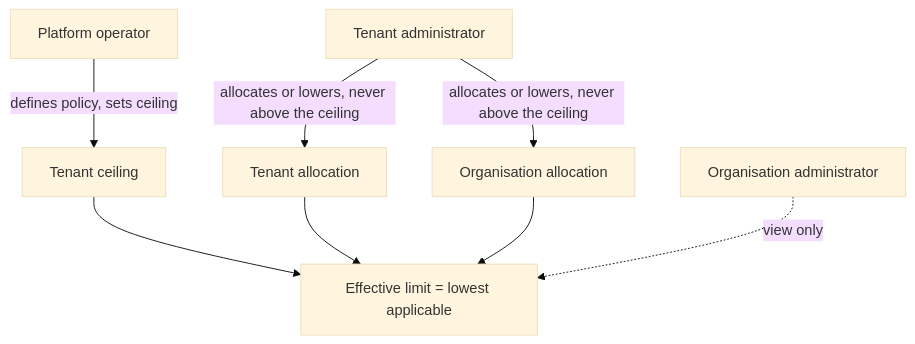
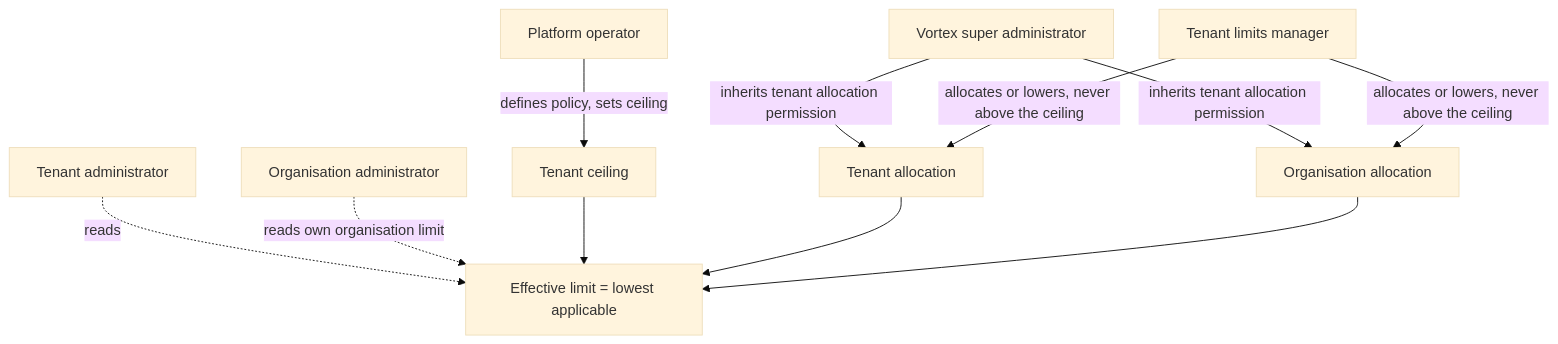
The third of 3 diagrams in docs/specification/15-entitlements-and-metering.md (Abzum-NZ/Abzum-Vortex), drawn with Mermaid (base theme) before and after one commit. The commit also changed other lines of this file and 16 other files, not shown here.

Commit message:
#1408 Add dedicated tenant capability limit permissions

````diff
--- a/docs/specification/15-entitlements-and-metering.md
+++ b/docs/specification/15-entitlements-and-metering.md
@@ -67,10 +67,13 @@
 ```mermaid
 flowchart TB
     PO[Platform operator] -->|defines policy, sets ceiling| CEIL[Tenant ceiling]
-    TA[Tenant administrator] -->|allocates or lowers, never above the ceiling| TALLOC[Tenant allocation]
-    TA -->|allocates or lowers, never above the ceiling| OALLOC[Organisation allocation]
+    SA[Vortex super administrator] -->|inherits tenant allocation permission| TALLOC[Tenant allocation]
+    SA -->|inherits tenant allocation permission| OALLOC[Organisation allocation]
+    TLM[Tenant limits manager] -->|allocates or lowers, never above the ceiling| TALLOC
+    TLM -->|allocates or lowers, never above the ceiling| OALLOC
+    TA[Tenant administrator] -. reads .-> MIN
+    OA[Organisation administrator] -. reads own organisation limit .-> MIN
     CEIL --> MIN[Effective limit = lowest applicable]
     TALLOC --> MIN
     OALLOC --> MIN
-    OA[Organisation administrator] -. view only .-> MIN
 ```
````
